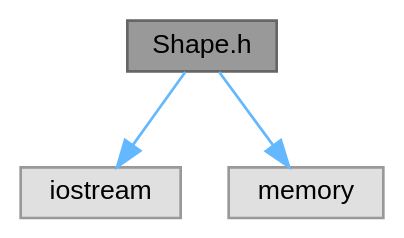
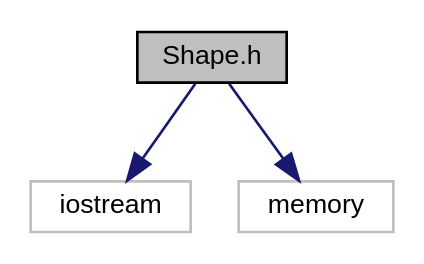
Before and after one commit to oshkines/otus-cpp-prof: the diagram in Shape_8h__incl.dot, drawn with Graphviz. The commit also changed 156 other files, not shown here.

```diff
--- a/Shape_8h__incl.dot
+++ b/Shape_8h__incl.dot
@@ -1,12 +1,11 @@
 digraph "Shape.h"
 {
  // LATEX_PDF_SIZE
-  bgcolor="transparent";
-  edge [fontname=Helvetica,fontsize=10,labelfontname=Helvetica,labelfontsize=10];
-  node [fontname=Helvetica,fontsize=10,shape=box,height=0.2,width=0.4];
-  Node1 [id="Node000001",label="Shape.h",height=0.2,width=0.4,color="gray40", fillcolor="grey60", style="filled", fontcolor="black",tooltip=" "];
-  Node1 -> Node2 [id="edge1_Node000001_Node000002",color="steelblue1",style="solid",tooltip=" "];
-  Node2 [id="Node000002",label="iostream",height=0.2,width=0.4,color="grey60", fillcolor="#E0E0E0", style="filled",tooltip=" "];
-  Node1 -> Node3 [id="edge2_Node000001_Node000003",color="steelblue1",style="solid",tooltip=" "];
-  Node3 [id="Node000003",label="memory",height=0.2,width=0.4,color="grey60", fillcolor="#E0E0E0", style="filled",tooltip=" "];
+  edge [fontname="Helvetica",fontsize="10",labelfontname="Helvetica",labelfontsize="10"];
+  node [fontname="Helvetica",fontsize="10",shape=record];
+  Node1 [label="Shape.h",height=0.2,width=0.4,color="black", fillcolor="grey75", style="filled", fontcolor="black",tooltip=" "];
+  Node1 -> Node2 [color="midnightblue",fontsize="10",style="solid",fontname="Helvetica"];
+  Node2 [label="iostream",height=0.2,width=0.4,color="grey75", fillcolor="white", style="filled",tooltip=" "];
+  Node1 -> Node3 [color="midnightblue",fontsize="10",style="solid",fontname="Helvetica"];
+  Node3 [label="memory",height=0.2,width=0.4,color="grey75", fillcolor="white", style="filled",tooltip=" "];
 }
```
